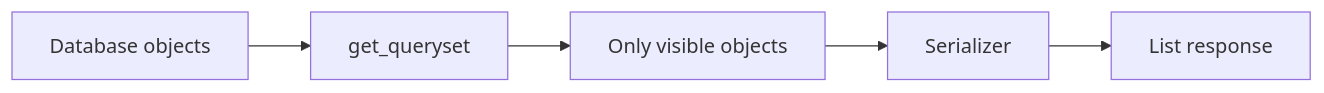
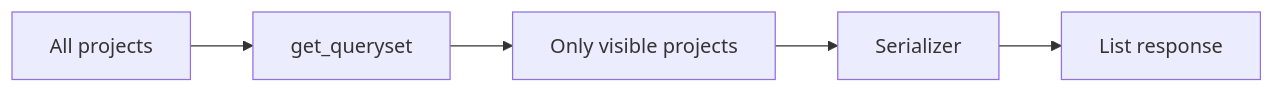
The third of 5 diagrams in src/content/drf/permissions.md (AvadhBhalodiya/Interview-Preparation), drawn with Mermaid before and after one commit. The commit also changed other lines of this file and 80 other files, not shown here.

````diff
--- a/src/content/drf/permissions.md
+++ b/src/content/drf/permissions.md
@@ -531,7 +289,7 @@
 ```mermaid
 flowchart LR
-    A[Database objects] --> B[get_queryset]
-    B --> C[Only visible objects]
+    A[All projects] --> B[get_queryset]
+    B --> C[Only visible projects]
     C --> D[Serializer]
     D --> E[List response]
 ```
````
